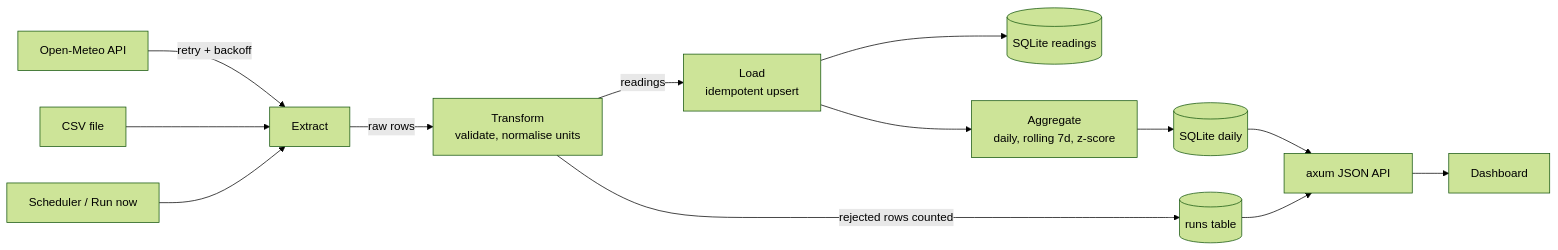
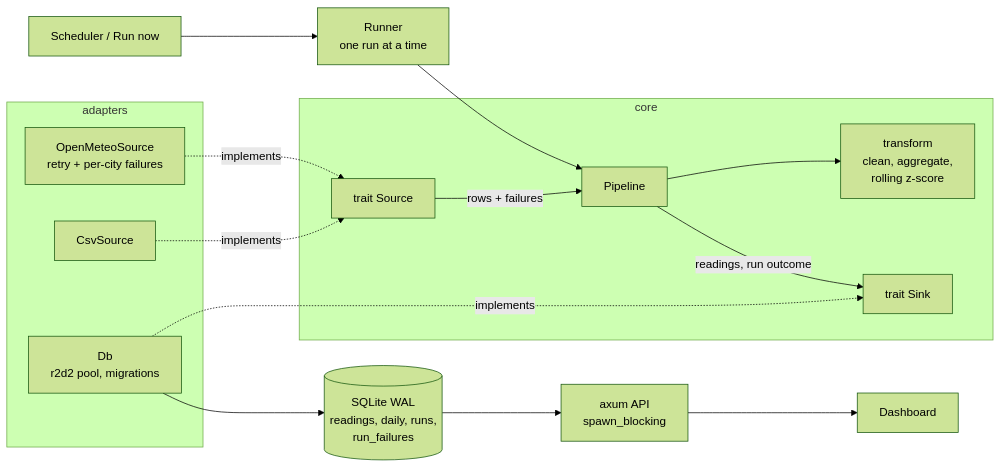
The diagram in README.md (aldipascaa/pulse-etl), drawn with Mermaid (forest theme) before and after one commit. The commit also changed other lines of this file and 1 other file, not shown here.

Commit message:
Release 1.1.0: README architecture section and changelog

````diff
--- a/README.md
+++ b/README.md
@@ -17,15 +19,24 @@
 ```mermaid
 flowchart LR
-    A[Open-Meteo API] -->|retry + backoff| E[Extract]
-    B[CSV file] --> E
-    E -->|raw rows| T[Transform<br/>validate, normalise units]
-    T -->|rejected rows counted| R[(runs table)]
-    T -->|readings| L[Load<br/>idempotent upsert]
-    L --> D[(SQLite readings)]
-    L --> G[Aggregate<br/>daily, rolling 7d, z-score]
-    G --> H[(SQLite daily)]
-    H --> API[axum JSON API]
-    R --> API
+    subgraph adapters[adapters]
+        CSV[CsvSource]
+        OM[OpenMeteoSource<br/>retry + per-city failures]
+        DB[Db<br/>r2d2 pool, migrations]
+    end
+    subgraph core[core]
+        SRC[trait Source]
+        TR[transform<br/>clean, aggregate,<br/>rolling z-score]
+        PIPE[Pipeline]
+        SINK[trait Sink]
+    end
+    CSV -.implements.-> SRC
+    OM -.implements.-> SRC
+    DB -.implements.-> SINK
+    SRC -->|rows + failures| PIPE
+    PIPE --> TR
+    PIPE -->|readings, run outcome| SINK
+    DB --> SQL[(SQLite WAL<br/>readings, daily, runs,<br/>run_failures)]
+    SCH[Scheduler / Run now] --> RUN[Runner<br/>one run at a time] --> PIPE
+    SQL --> API[axum API<br/>spawn_blocking]
     API --> UI[Dashboard]
-    S[Scheduler / Run now] --> E
 ```
````
